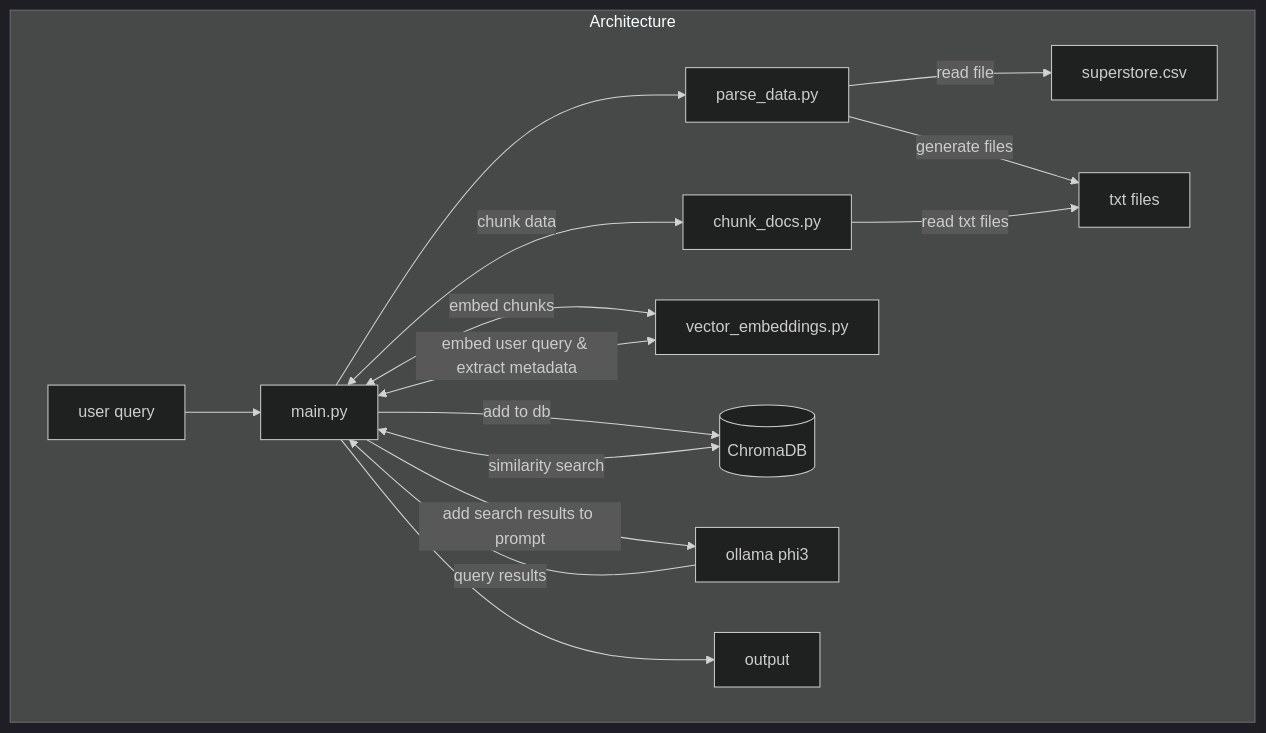
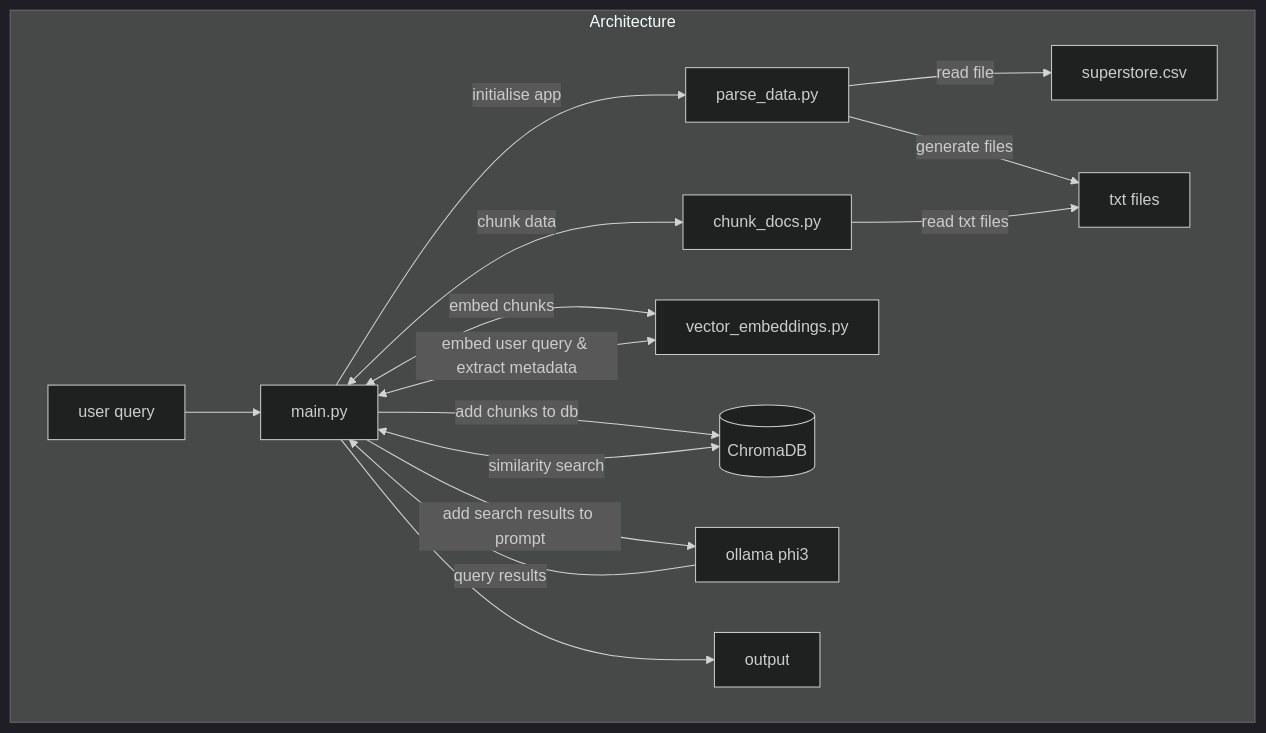
One commit to simkatti/RAG-Based-Sales-Data-Analysis changed the diagram in README.md. Above: the diagram before and after it, drawn with Mermaid (dark theme).

````diff
--- a/README.md
+++ b/README.md
@@ -12,23 +12,23 @@
 ```mermaid
 graph TD
     %% initialise 
     subgraph Architecture
-        A[main.py] --> B[parse_data.py]
+        A[main.py] --> |initialise app| B[parse_data.py]
         B -->|read file| SC[superstore.csv]
         B -->|generate files| TF[txt files]
         A <--> |chunk data| CD[chunk_docs.py]
         CD --> |read txt files| TF
         A <--> |embed chunks| VE[vector_embeddings.py]
-        A --> |add to db| DB[db.py]
+        A --> |add chunks to db| DB[db.py]
         C[user query] --> A
         A <--> |embed user query & extract metadata| VE
         A <--> |similarity search| DB
         A --> |add search results to prompt| OL[ollama phi3]
         OL --> |query results| A
         A --> output
 
     end
     %% External Connections
     DB[(ChromaDB)]
 
 ```
````
